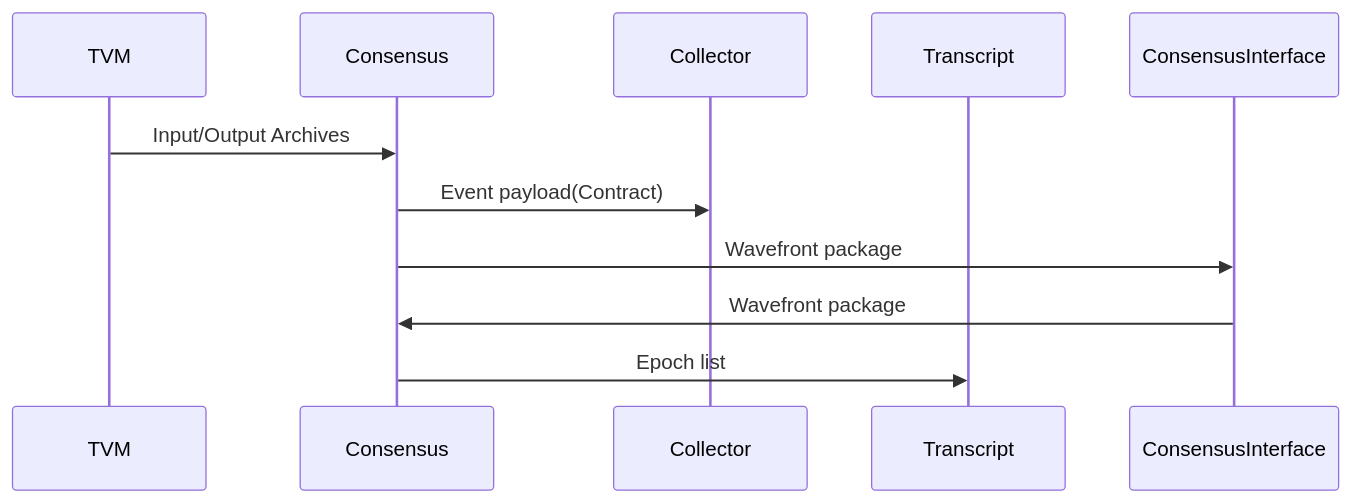
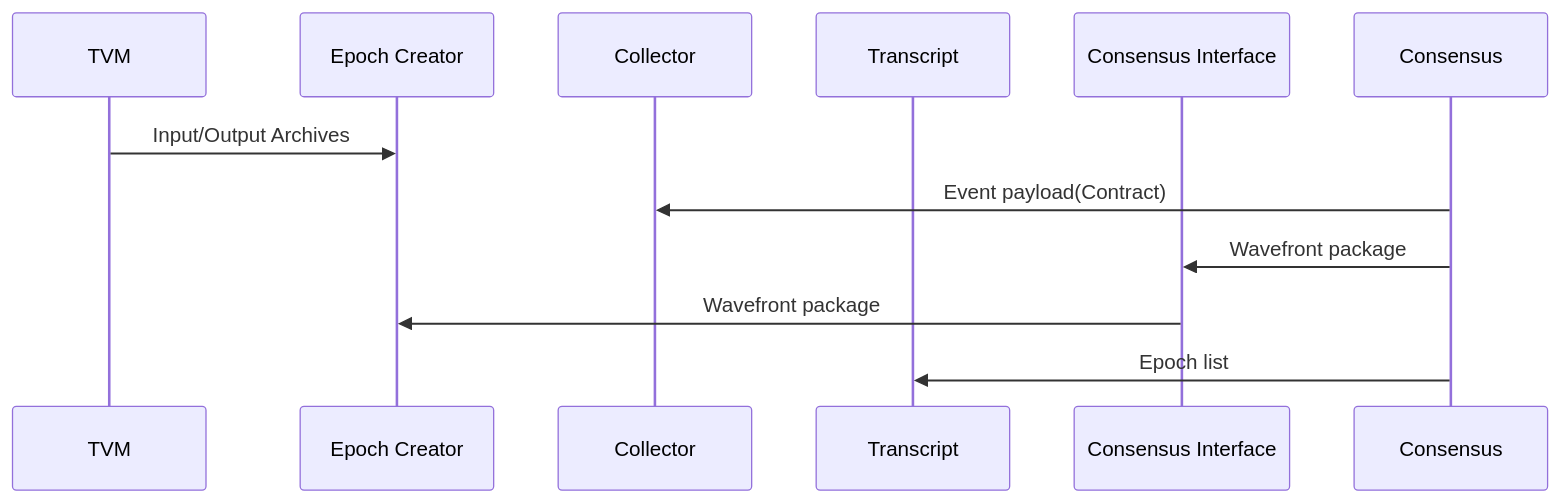
Before and after one commit to tagion/tagion: the diagram in documents/architecture/EpochCreator.md, drawn with Mermaid. The commit also changed other lines of this file, not shown here.

Commit message:
Epoch Creator

````diff
--- a/documents/architecture/EpochCreator.md
+++ b/documents/architecture/EpochCreator.md
@@ -19,13 +19,13 @@
 ```mermaid
 sequenceDiagram
     participant TVM 
-    participant Consensus 
+    participant Epoch Creator 
     participant Collector
     participant Transcript
-    participant ConsensusInterface
-    TVM ->> Consensus: Input/Output Archives
+    participant Consensus Interface
+    TVM ->> Epoch Creator: Input/Output Archives
     Consensus ->> Collector: Event payload(Contract) 
-    Consensus ->> ConsensusInterface: Wavefront package
-    ConsensusInterface ->> Consensus: Wavefront package
+    Consensus ->> Consensus Interface: Wavefront package
+    Consensus Interface ->> Epoch Creator: Wavefront package
     Consensus ->> Transcript: Epoch list
 ```
````
